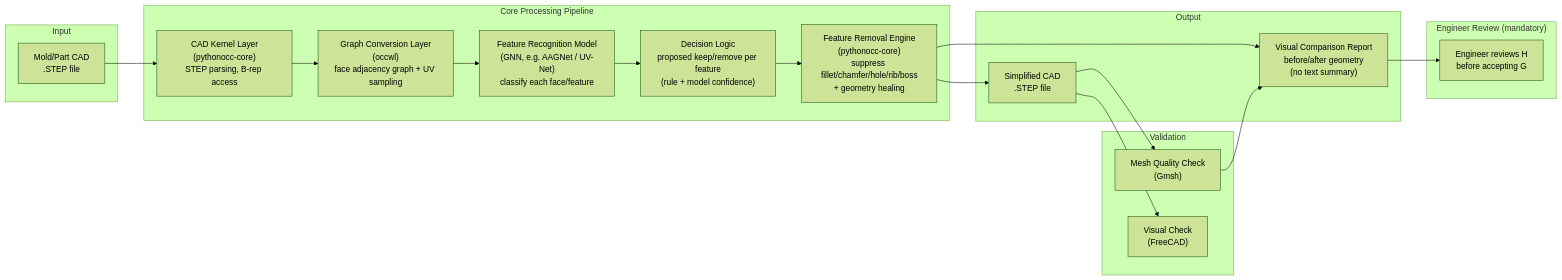
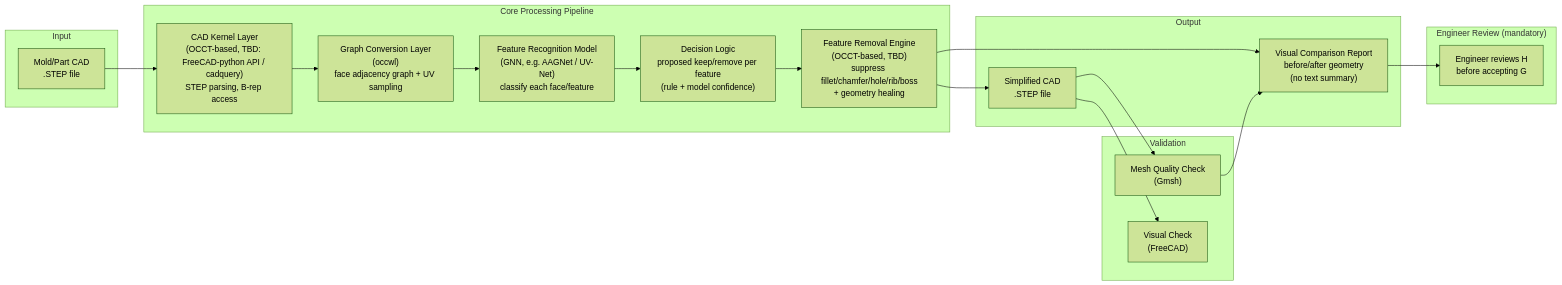
The first of 2 diagrams in docs/architecture.md (Junoh-Lee111/CapstoneProject-HP-Mold-Part-Defeaturing), drawn with Mermaid (forest theme) before and after one commit. The commit also changed other lines of this file and 5 other files, not shown here.

First line of the commit message:
Stop presenting pythonocc-core as confirmed; it was our own pick

````diff
--- a/docs/architecture.md
+++ b/docs/architecture.md
@@ -7,35 +7,35 @@
 ```mermaid
 flowchart LR
     subgraph INPUT["Input"]
         A[Mold/Part CAD\n.STEP file]
     end
 
     subgraph CORE["Core Processing Pipeline"]
-        B["CAD Kernel Layer\n(pythonocc-core)\nSTEP parsing, B-rep access"]
+        B["CAD Kernel Layer\n(OCCT-based, TBD: FreeCAD-python API / cadquery)\nSTEP parsing, B-rep access"]
         C["Graph Conversion Layer\n(occwl)\nface adjacency graph + UV sampling"]
         D["Feature Recognition Model\n(GNN, e.g. AAGNet / UV-Net)\nclassify each face/feature"]
         E["Decision Logic\nproposed keep/remove per feature\n(rule + model confidence)"]
-        F["Feature Removal Engine\n(pythonocc-core)\nsuppress fillet/chamfer/hole/rib/boss\n+ geometry healing"]
+        F["Feature Removal Engine\n(OCCT-based, TBD)\nsuppress fillet/chamfer/hole/rib/boss\n+ geometry healing"]
     end
 
     subgraph OUTPUT["Output"]
         G[Simplified CAD\n.STEP file]
         H["Visual Comparison Report\nbefore/after geometry\n(no text summary)"]
     end
 
     subgraph REVIEW["Engineer Review (mandatory)"]
         R["Engineer reviews H\nbefore accepting G"]
     end
 
     subgraph EVAL["Validation"]
         I["Mesh Quality Check\n(Gmsh)"]
         J["Visual Check\n(FreeCAD)"]
     end
 
     A --> B --> C --> D --> E --> F --> G
     F --> H
     H --> R
     G --> I
     G --> J
     I --> H
 ```
````
